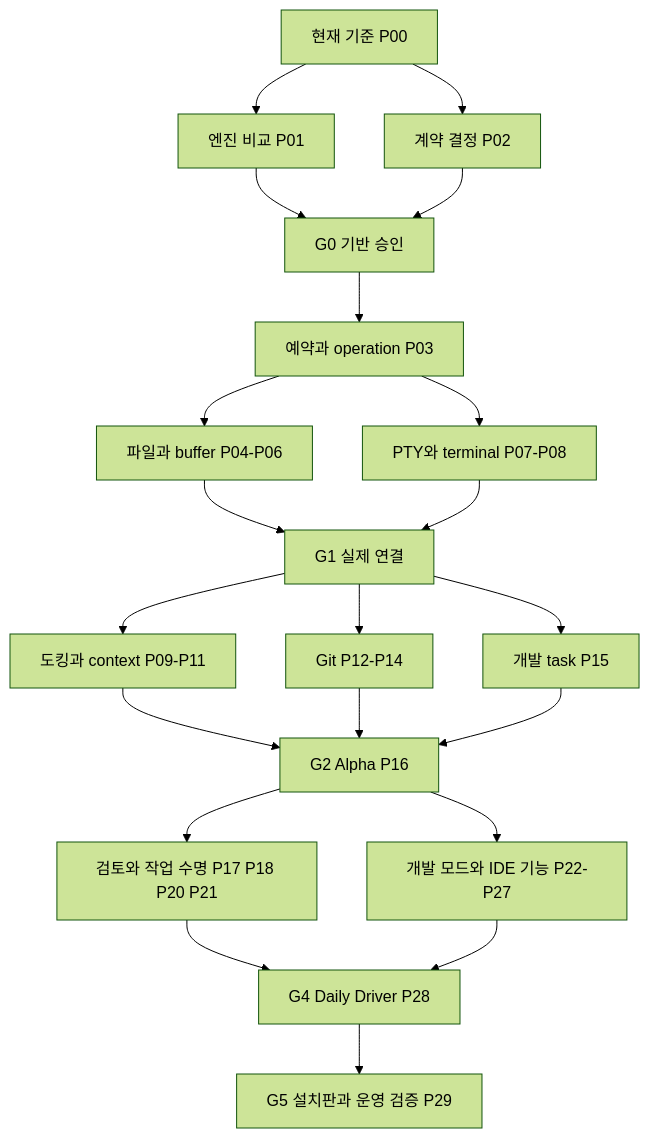
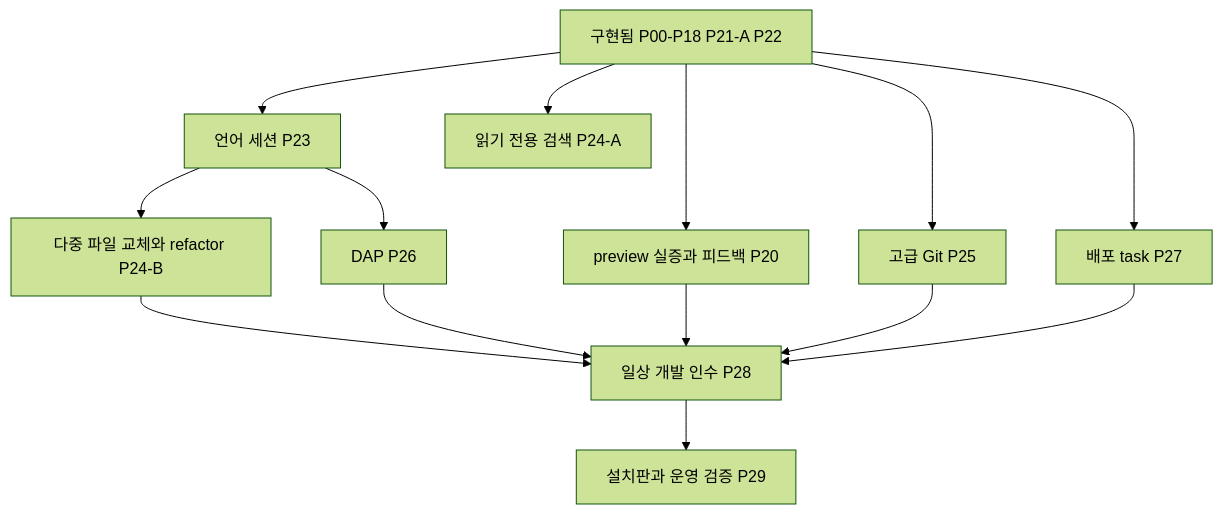
The diagram in docs/plans/workbench-development-implementation-plan-2026-10-21.md (fromiron/corral), drawn with Mermaid (forest theme) before and after one commit. The commit also changed other lines of this file and 34 other files, not shown here.

````diff
--- a/docs/plans/workbench-development-implementation-plan-2026-10-21.md
+++ b/docs/plans/workbench-development-implementation-plan-2026-10-21.md
@@ -414,23 +202,16 @@
 ```mermaid
 flowchart TD
-  P00[현재 기준 P00] --> P01[엔진 비교 P01]
-  P00 --> P02[계약 결정 P02]
-  P01 --> G0[G0 기반 승인]
-  P02 --> G0
-  G0 --> P03[예약과 operation P03]
-  P03 --> DOC[파일과 buffer P04-P06]
-  P03 --> TERM[PTY와 terminal P07-P08]
-  DOC --> G1[G1 실제 연결]
-  TERM --> G1
-  G1 --> SHELL[도킹과 context P09-P11]
-  G1 --> GIT[Git P12-P14]
-  G1 --> TASK[개발 task P15]
-  SHELL --> G2[G2 Alpha P16]
-  GIT --> G2
-  TASK --> G2
-  G2 --> REVIEW[검토와 작업 수명 P17 P18 P20 P21]
-  G2 --> DAILY[개발 모드와 IDE 기능 P22-P27]
-  REVIEW --> G4[G4 Daily Driver P28]
-  DAILY --> G4
-  G4 --> G5[G5 설치판과 운영 검증 P29]
+  DONE[구현됨 P00-P18 P21-A P22] --> LANG[언어 세션 P23]
+  DONE --> SEARCH[읽기 전용 검색 P24-A]
+  DONE --> PREVIEW[preview 실증과 피드백 P20]
+  LANG --> EDIT[다중 파일 교체와 refactor P24-B]
+  DONE --> GIT[고급 Git P25]
+  LANG --> DEBUG[DAP P26]
+  DONE --> DEPLOY[배포 task P27]
+  EDIT --> G4[일상 개발 인수 P28]
+  PREVIEW --> G4
+  GIT --> G4
+  DEBUG --> G4
+  DEPLOY --> G4
+  G4 --> G5[설치판과 운영 검증 P29]
 ```
````
